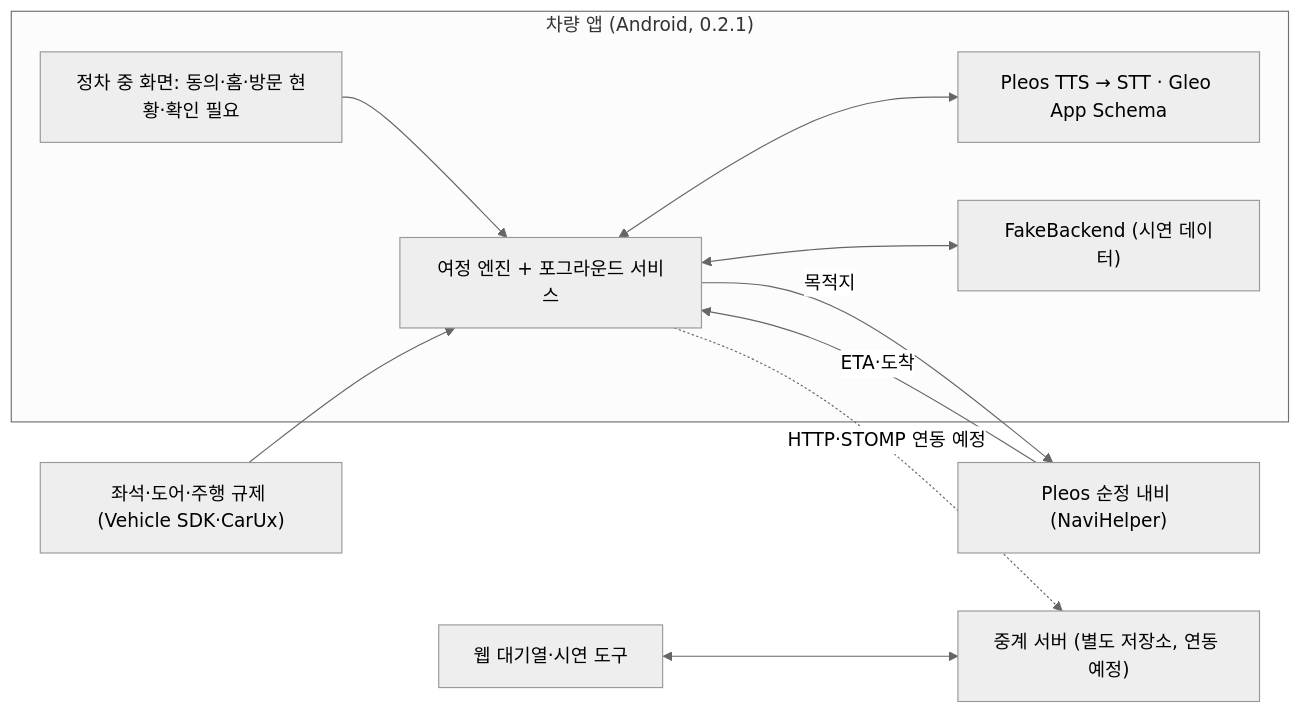
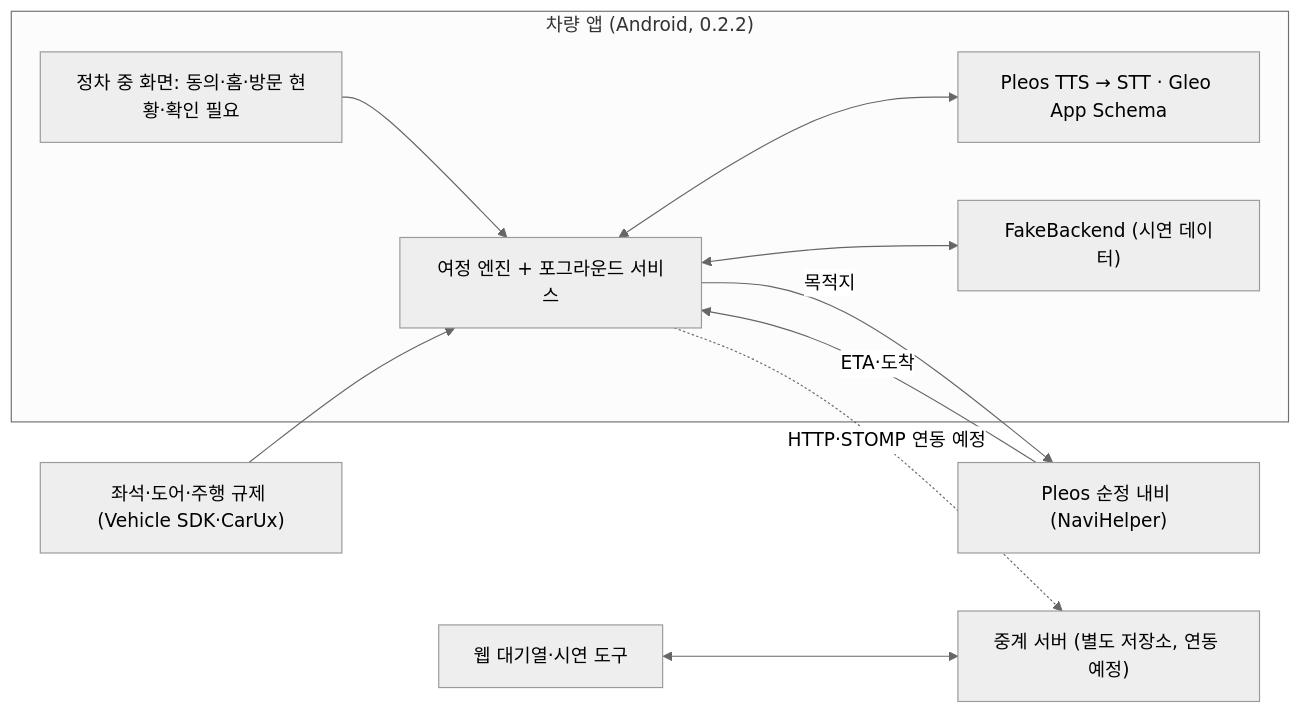
One commit to smartjourney-pleos/smart-journey-main changed the diagram in README.md. Above: the diagram before and after it, drawn with Mermaid (neutral theme). The commit also changed other lines of this file and 12 other files, not shown here.

````diff
--- a/README.md
+++ b/README.md
@@ -92,19 +92,19 @@
 ```mermaid
 flowchart LR
-  subgraph CAR["차량 앱 (Android, 0.2.1)"]
+  subgraph CAR["차량 앱 (Android, 0.2.2)"]
     UI["정차 중 화면: 동의·홈·방문 현황·확인 필요"]
     ENGINE["여정 엔진 + 포그라운드 서비스"]
     VOICE["Pleos TTS → STT · Gleo App Schema"]
     FAKE["FakeBackend (시연 데이터)"]
     UI --> ENGINE
     ENGINE <--> VOICE
     ENGINE <--> FAKE
   end
   NAVI["Pleos 순정 내비 (NaviHelper)"] -->|"ETA·도착"| ENGINE
   ENGINE -->|"목적지"| NAVI
   VEH["좌석·도어·주행 규제 (Vehicle SDK·CarUx)"] --> ENGINE
   SERVER["중계 서버 (별도 저장소, 연동 예정)"]
   WEB["웹 대기열·시연 도구"]
   ENGINE -. "HTTP·STOMP 연동 예정" .-> SERVER
   WEB <--> SERVER
 ```
````
